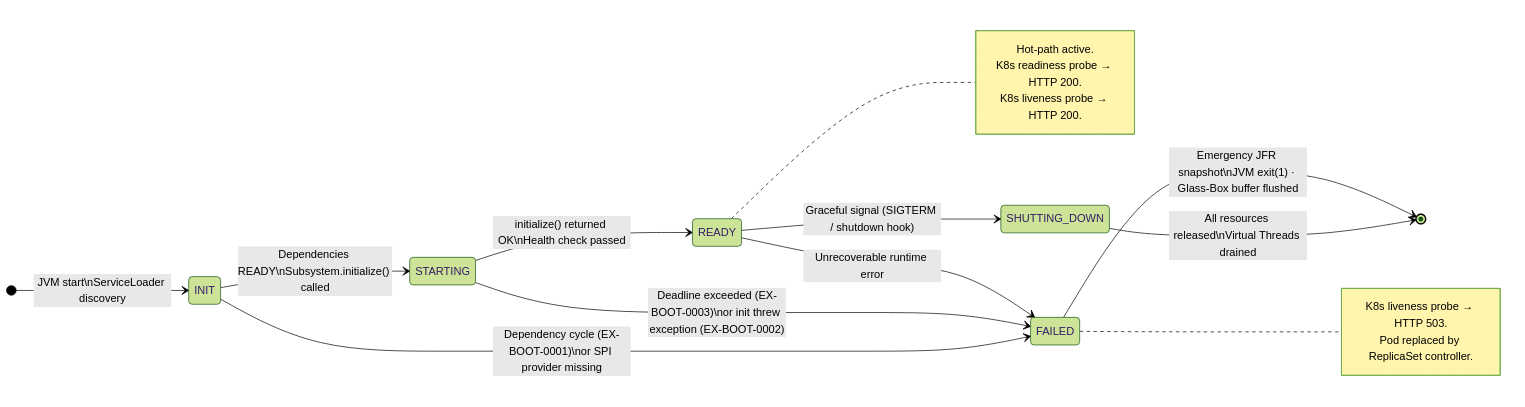
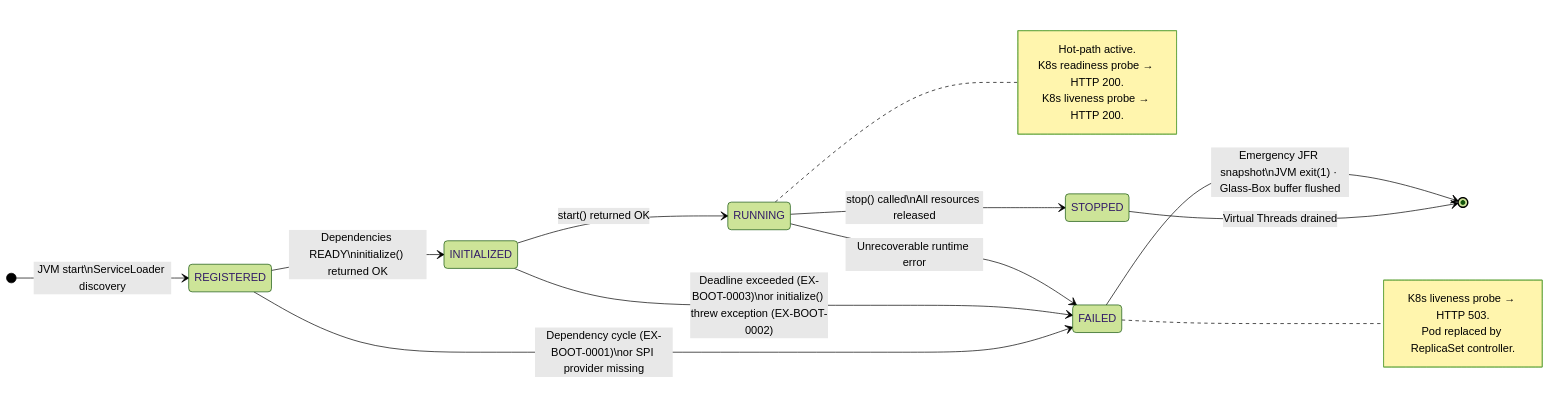
The second of 5 diagrams in docs/subsystems/bootstrap.md (exeris-systems/exeris-kernel), drawn with Mermaid (forest theme) before and after one commit. The commit also changed other lines of this file and 18 other files, not shown here.

````diff
--- a/docs/subsystems/bootstrap.md
+++ b/docs/subsystems/bootstrap.md
@@ -94,29 +93,31 @@
 ```mermaid
 stateDiagram-v2
     direction LR
-    [*] --> INIT : JVM start\nServiceLoader discovery
+    [*] --> REGISTERED : JVM start\nServiceLoader discovery
 
-    INIT --> STARTING  : Dependencies READY\nSubsystem.initialize() called
-    INIT --> FAILED    : Dependency cycle (EX-BOOT-0001)\nor SPI provider missing
+    REGISTERED --> INITIALIZED : Dependencies READY\ninitialize() returned OK
+    REGISTERED --> FAILED      : Dependency cycle (EX-BOOT-0001)\nor SPI provider missing
 
-    STARTING --> READY        : initialize() returned OK\nHealth check passed
-    STARTING --> FAILED       : Deadline exceeded (EX-BOOT-0003)\nor init threw exception (EX-BOOT-0002)
+    INITIALIZED --> RUNNING    : start() returned OK
+    INITIALIZED --> FAILED     : Deadline exceeded (EX-BOOT-0003)\nor initialize() threw exception (EX-BOOT-0002)
 
-    READY --> SHUTTING_DOWN   : Graceful signal (SIGTERM / shutdown hook)
-    READY --> FAILED          : Unrecoverable runtime error
+    RUNNING --> STOPPED        : stop() called\nAll resources released
+    RUNNING --> FAILED         : Unrecoverable runtime error
 
-    SHUTTING_DOWN --> [*]     : All resources released\nVirtual Threads drained
+    STOPPED --> [*]            : Virtual Threads drained
 
-    FAILED --> [*]            : Emergency JFR snapshot\nJVM exit(1) · Glass-Box buffer flushed
+    FAILED --> [*]             : Emergency JFR snapshot\nJVM exit(1) · Glass-Box buffer flushed
 
-    note right of READY
+    note right of RUNNING
         Hot-path active.
         K8s readiness probe → HTTP 200.
         K8s liveness probe → HTTP 200.
     end note
 
     note right of FAILED
         K8s liveness probe → HTTP 503.
         Pod replaced by ReplicaSet controller.
     end note
+
+    %% Note: kernel-level SHUTTING_DOWN is from KernelState, not per-subsystem state.
 ```
````
